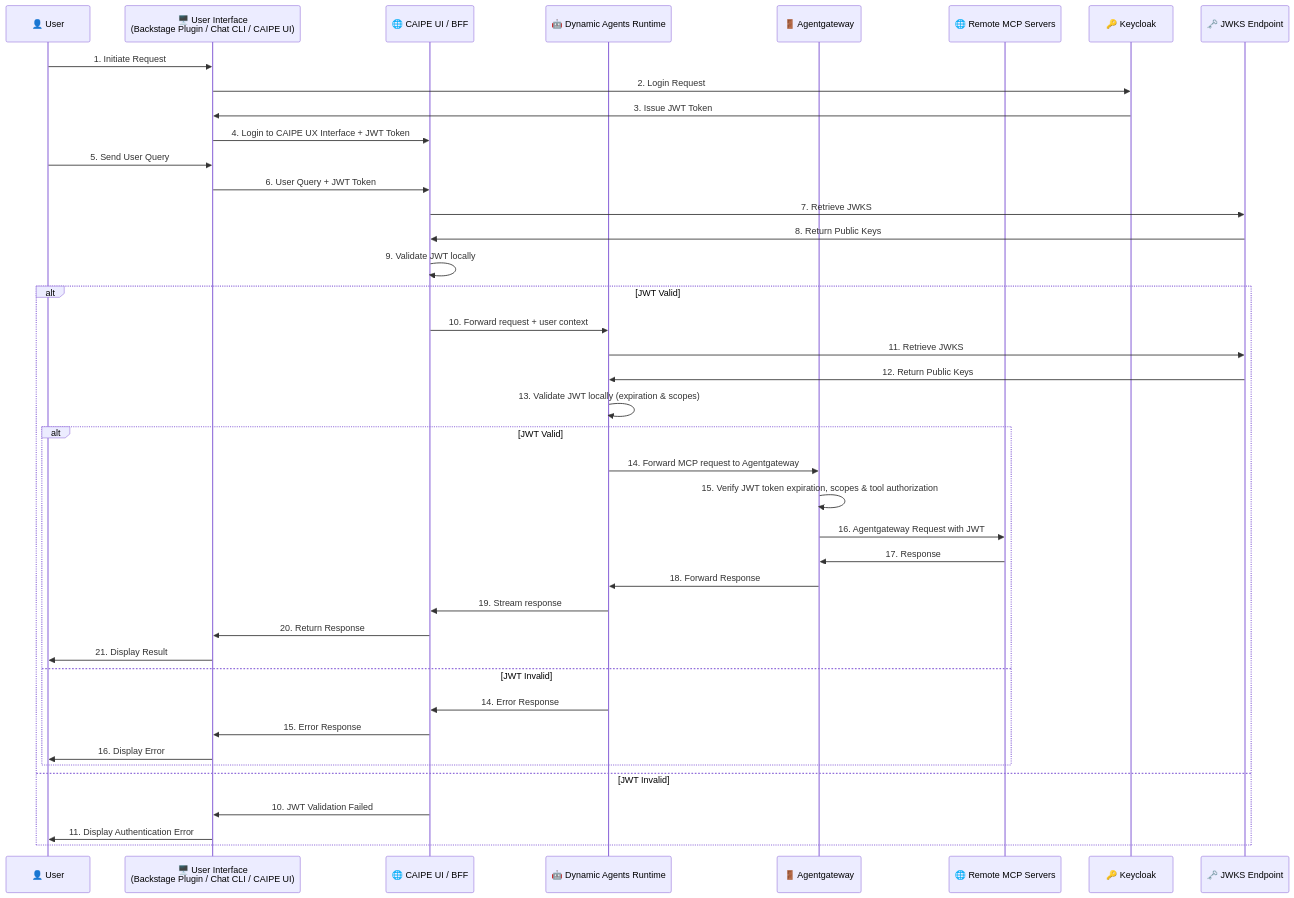
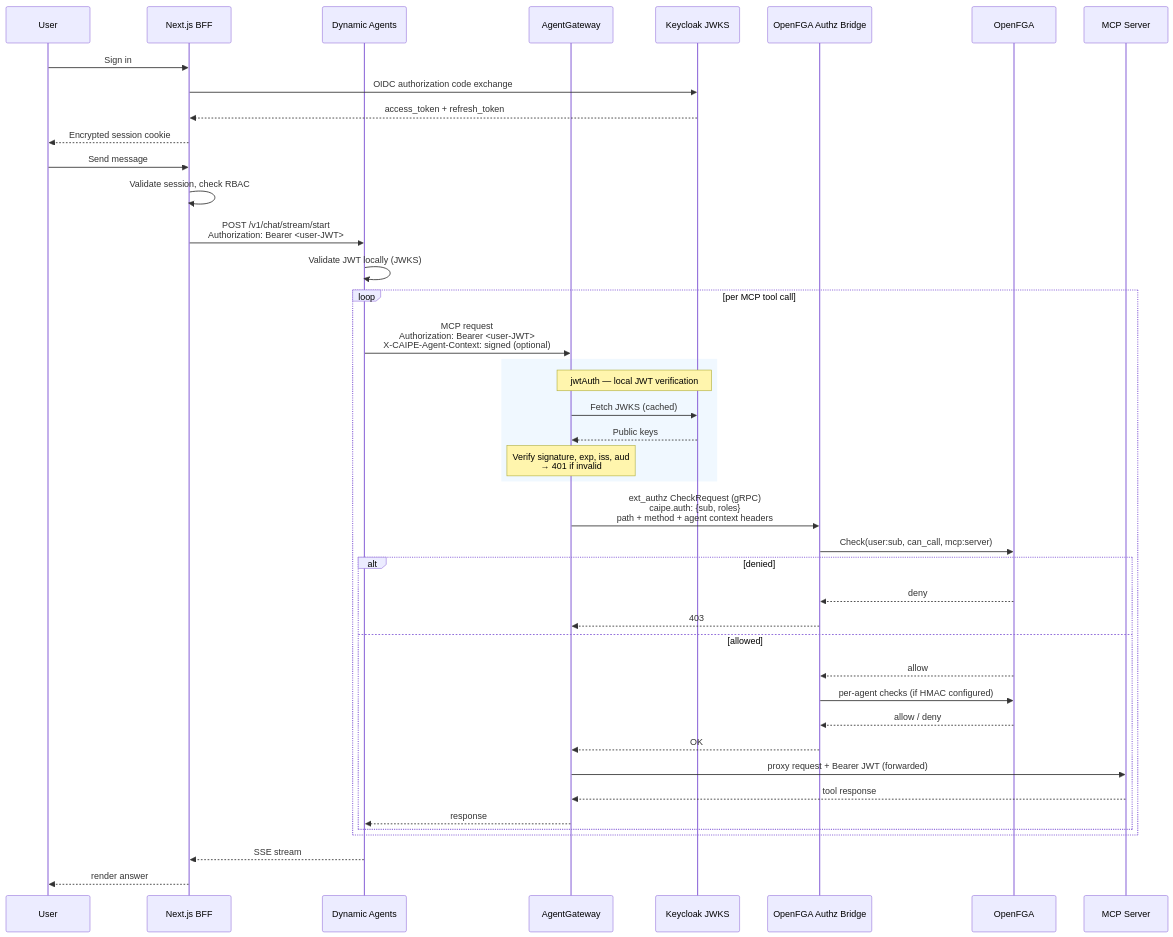
The second of 2 diagrams in docs/docs/architecture/gateway.md (cnoe-io/ai-platform-engineering), drawn with Mermaid before and after one commit. The commit also changed other lines of this file and 5 other files, not shown here.

First line of the commit message:
docs(security): consolidate auth flow index and refresh diagrams

````diff
--- a/docs/docs/architecture/gateway.md
+++ b/docs/docs/architecture/gateway.md
@@ -138,59 +87,51 @@
 ```mermaid
 sequenceDiagram
-    participant U as 👤 User
-    participant UI as 🖥️ User Interface<br/>(Backstage Plugin / Chat CLI / CAIPE UI)
-    participant BFF as 🌐 CAIPE UI / BFF
-    participant DA as 🤖 Dynamic Agents Runtime
-    participant MP as 🚪 Agentgateway
-    participant MCP as 🌐 Remote MCP Servers
-    participant K as 🔑 Keycloak
-    participant JWKS as 🗝️ JWKS Endpoint
+    participant U as User
+    participant BFF as Next.js BFF
+    participant DA as Dynamic Agents
+    participant AGW as AgentGateway
+    participant KC as Keycloak JWKS
+    participant Bridge as OpenFGA Authz Bridge
+    participant FGA as OpenFGA
+    participant MCP as MCP Server
 
-    %% User initiates request
-    U->>UI: 1. Initiate Request
+    U->>BFF: Sign in
+    BFF->>KC: OIDC authorization code exchange
+    KC-->>BFF: access_token + refresh_token
+    BFF-->>U: Encrypted session cookie
 
-    %% Authentication Phase
-    UI->>K: 2. Login Request
-    K->>UI: 3. Issue JWT Token
+    U->>BFF: Send message
+    BFF->>BFF: Validate session, check RBAC
+    BFF->>DA: POST /v1/chat/stream/start<br/>Authorization: Bearer <user-JWT>
+    DA->>DA: Validate JWT locally (JWKS)
 
-    %% Login to CAIPE UX Interface
-    UI->>BFF: 4. Login to CAIPE UX Interface + JWT Token
+    loop per MCP tool call
+        DA->>AGW: MCP request<br/>Authorization: Bearer <user-JWT><br/>X-CAIPE-Agent-Context: signed (optional)
 
-    %% User sends query
-    U->>UI: 5. Send User Query
+        rect rgb(240, 248, 255)
+            Note over AGW,KC: jwtAuth — local JWT verification
+            AGW->>KC: Fetch JWKS (cached)
+            KC-->>AGW: Public keys
+            Note over AGW: Verify signature, exp, iss, aud<br/>→ 401 if invalid
+        end
 
-    %% CAIPE Runtime Flow
-    UI->>BFF: 6. User Query + JWT Token
-    BFF->>JWKS: 7. Retrieve JWKS
-    JWKS->>BFF: 8. Return Public Keys
-    BFF->>BFF: 9. Validate JWT locally
+        AGW->>Bridge: ext_authz CheckRequest (gRPC)<br/>caipe.auth: {sub, roles}<br/>path + method + agent context headers
 
-    alt JWT Valid
-        BFF->>DA: 10. Forward request + user context
+        Bridge->>FGA: Check(user:sub, can_call, mcp:server)
+        alt denied
+            FGA-->>Bridge: deny
+            Bridge-->>AGW: 403
+        else allowed
+            FGA-->>Bridge: allow
+            Bridge->>FGA: per-agent checks (if HMAC configured)
+            FGA-->>Bridge: allow / deny
+            Bridge-->>AGW: OK
+            AGW->>MCP: proxy request + Bearer JWT (forwarded)
+            MCP-->>AGW: tool response
+            AGW-->>DA: response
+        end
+    end
 
-        %% Dynamic Agents Processing
-        DA->>JWKS: 11. Retrieve JWKS
-        JWKS->>DA: 12. Return Public Keys
-        DA->>DA: 13. Validate JWT locally (expiration & scopes)
-
-        alt JWT Valid
-            DA->>MP: 14. Forward MCP request to Agentgateway
-
-            %% Agentgateway Processing
-            MP->>MP: 15. Verify JWT token expiration, scopes & tool authorization
-            MP->>MCP: 16. Agentgateway Request with JWT
-            MCP->>MP: 17. Response
-            MP->>DA: 18. Forward Response
-            DA->>BFF: 19. Stream response
-            BFF->>UI: 20. Return Response
-            UI->>U: 21. Display Result
-        else JWT Invalid
-            DA->>BFF: 14. Error Response
-            BFF->>UI: 15. Error Response
-            UI->>U: 16. Display Error
-        end
-    else JWT Invalid
-        BFF->>UI: 10. JWT Validation Failed
-        UI->>U: 11. Display Authentication Error
-    end
+    DA-->>BFF: SSE stream
+    BFF-->>U: render answer
 ```
````
